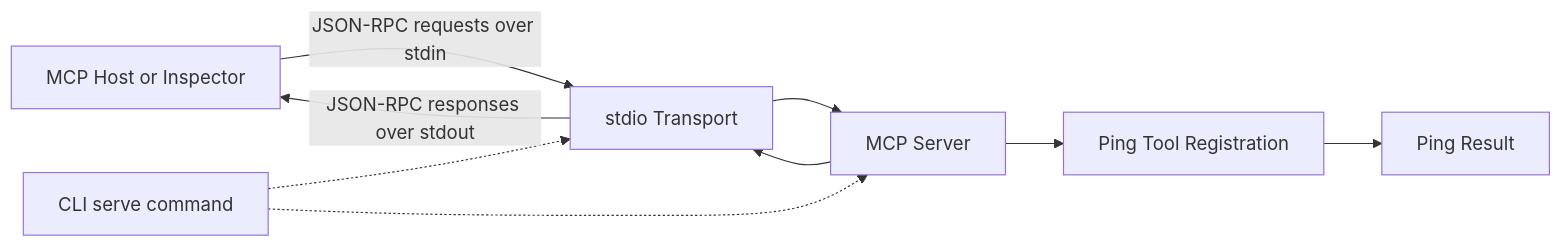
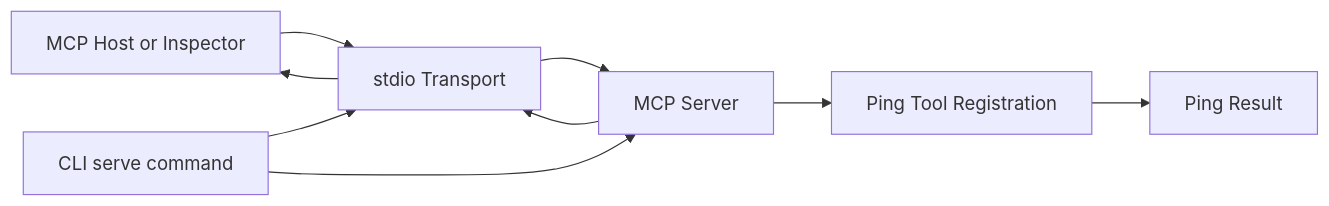
Before and after one commit to anilloutombam/mcp-failure-lab: the first of 2 diagrams in README.md, drawn with Mermaid. The commit also changed other lines of this file, not shown here.

Commit message:
docs: simplify Mermaid diagrams for GitHub

````diff
--- a/README.md
+++ b/README.md
@@ -34,18 +34,11 @@
 ```mermaid
-flowchart LR
-    H["MCP Host or Inspector"]
-    T["stdio Transport"]
-    S["MCP Server"]
-    R["Ping Tool Registration"]
-    P["Ping Result"]
-
-    H -->|"JSON-RPC requests over stdin"| T
-    T -->|"JSON-RPC responses over stdout"| H
-    T --> S
-    S --> T
-    S --> R
-    R --> P
-
-    C["CLI serve command"] -.-> T
-    C -.-> S
+graph LR
+    Host[MCP Host or Inspector] --> Transport[stdio Transport]
+    Transport --> Host
+    Transport --> Server[MCP Server]
+    Server --> Transport
+    Server --> Registration[Ping Tool Registration]
+    Registration --> Result[Ping Result]
+    CLI[CLI serve command] --> Transport
+    CLI --> Server
 ```
````
